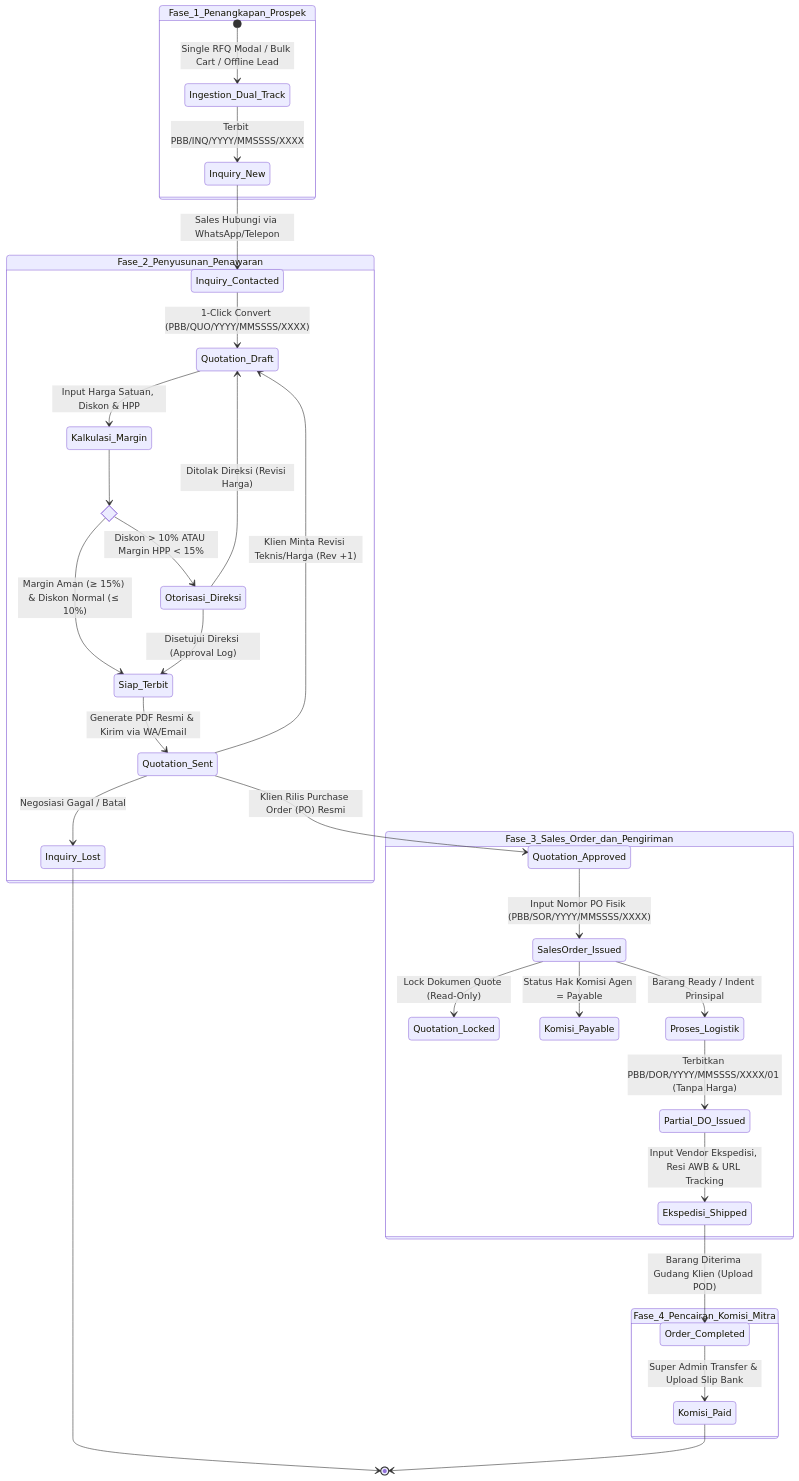
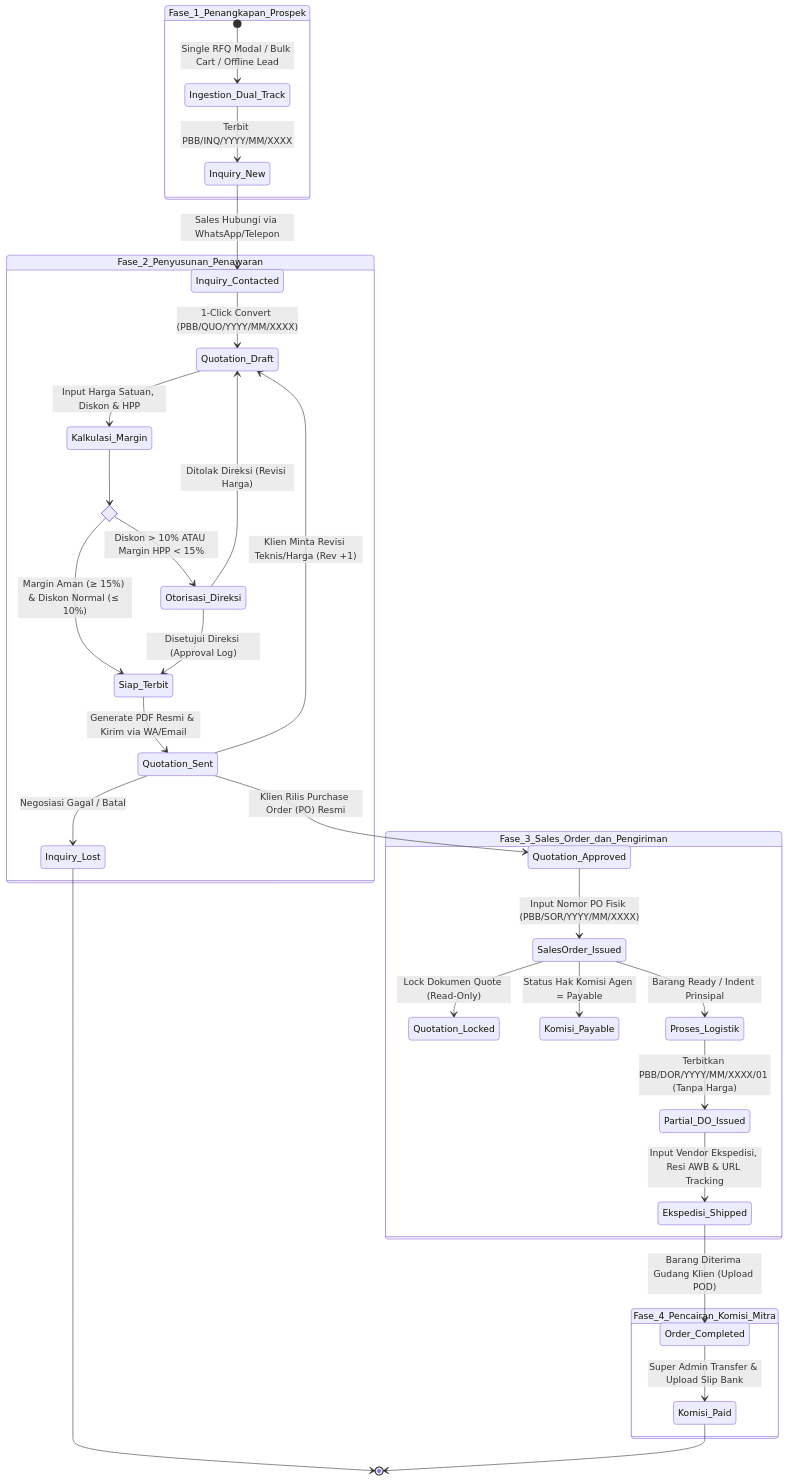
One commit to Dinoxxc/bimabergawa changed the first of 2 diagrams in docs/02-architecture-and-design/SAD/04-commercial-state-machine-and-data-pipelines.md. Above: the diagram before and after it, drawn with Mermaid. The commit also changed other lines of this file and 26 other files, not shown here.

````diff
--- a/docs/02-architecture-and-design/SAD/04-commercial-state-machine-and-data-pipelines.md
+++ b/docs/02-architecture-and-design/SAD/04-commercial-state-machine-and-data-pipelines.md
@@ -29,46 +29,46 @@
 ```mermaid
 stateDiagram-v2
     direction TB
 
     state Fase_1_Penangkapan_Prospek {
         [*] --> Ingestion_Dual_Track: Single RFQ Modal / Bulk Cart / Offline Lead
-        Ingestion_Dual_Track --> Inquiry_New: Terbit PBB/INQ/YYYY/MMSSSS/XXXX
+        Ingestion_Dual_Track --> Inquiry_New: Terbit PBB/INQ/YYYY/MM/XXXX
         Inquiry_New --> Inquiry_Contacted: Sales Hubungi via WhatsApp/Telepon
     }
 
     state Fase_2_Penyusunan_Penawaran {
-        Inquiry_Contacted --> Quotation_Draft: 1-Click Convert (PBB/QUO/YYYY/MMSSSS/XXXX)
+        Inquiry_Contacted --> Quotation_Draft: 1-Click Convert (PBB/QUO/YYYY/MM/XXXX)
         Quotation_Draft --> Kalkulasi_Margin: Input Harga Satuan, Diskon & HPP
         
         state Margin_Gate <<choice>>
         Kalkulasi_Margin --> Margin_Gate
         Margin_Gate --> Otorisasi_Direksi: Diskon > 10% ATAU Margin HPP < 15%
         Margin_Gate --> Siap_Terbit: Margin Aman (≥ 15%) & Diskon Normal (≤ 10%)
         
         Otorisasi_Direksi --> Siap_Terbit: Disetujui Direksi (Approval Log)
         Otorisasi_Direksi --> Quotation_Draft: Ditolak Direksi (Revisi Harga)
 
         Siap_Terbit --> Quotation_Sent: Generate PDF Resmi & Kirim via WA/Email
         Quotation_Sent --> Quotation_Draft: Klien Minta Revisi Teknis/Harga (Rev +1)
         Quotation_Sent --> Inquiry_Lost: Negosiasi Gagal / Batal
         Quotation_Sent --> Quotation_Approved: Klien Rilis Purchase Order (PO) Resmi
     }
 
     state Fase_3_Sales_Order_dan_Pengiriman {
-        Quotation_Approved --> SalesOrder_Issued: Input Nomor PO Fisik (PBB/SOR/YYYY/MMSSSS/XXXX)
+        Quotation_Approved --> SalesOrder_Issued: Input Nomor PO Fisik (PBB/SOR/YYYY/MM/XXXX)
         SalesOrder_Issued --> Quotation_Locked: Lock Dokumen Quote (Read-Only)
         SalesOrder_Issued --> Komisi_Payable: Status Hak Komisi Agen = Payable
         
         SalesOrder_Issued --> Proses_Logistik: Barang Ready / Indent Prinsipal
-        Proses_Logistik --> Partial_DO_Issued: Terbitkan PBB/DOR/YYYY/MMSSSS/XXXX/01 (Tanpa Harga)
+        Proses_Logistik --> Partial_DO_Issued: Terbitkan PBB/DOR/YYYY/MM/XXXX/01 (Tanpa Harga)
         Partial_DO_Issued --> Ekspedisi_Shipped: Input Vendor Ekspedisi, Resi AWB & URL Tracking
         Ekspedisi_Shipped --> Order_Completed: Barang Diterima Gudang Klien (Upload POD)
     }
 
     state Fase_4_Pencairan_Komisi_Mitra {
         Order_Completed --> Komisi_Paid: Super Admin Transfer & Upload Slip Bank
     }
 
     Inquiry_Lost --> [*]
     Komisi_Paid --> [*]
 ```
````
